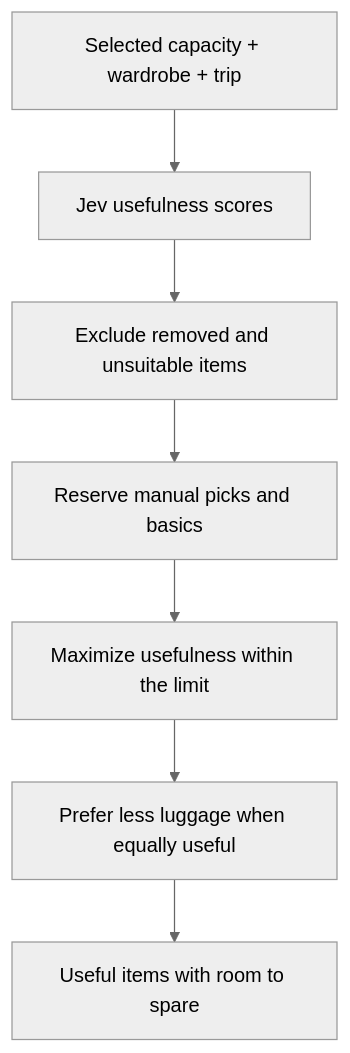
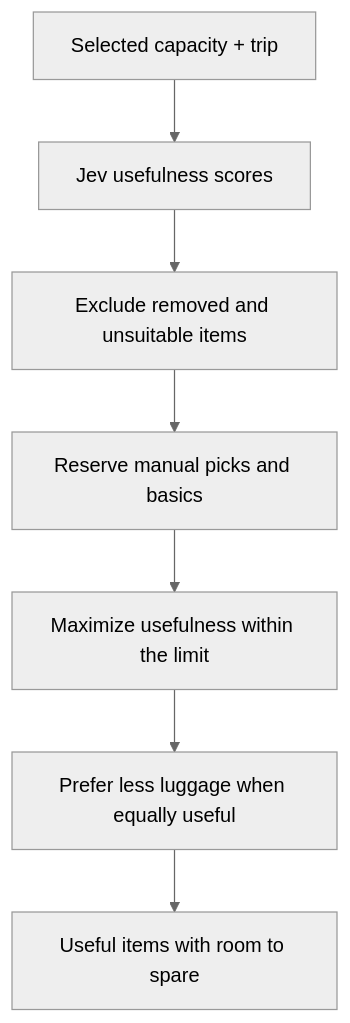
The third of 3 diagrams in README.md (poacosta/smart-packing-demo-with-jev), drawn with Mermaid (neutral theme) before and after one commit. The commit also changed other lines of this file and 16 other files, not shown here.

Commit message:
Expand the unisex wardrobe and refine trip scenarios

````diff
--- a/README.md
+++ b/README.md
@@ -141,9 +155,9 @@
 ```mermaid
 flowchart TD
-    C[Selected capacity + wardrobe + trip] --> J[Jev usefulness scores]
+    C[Selected capacity + trip] --> J[Jev usefulness scores]
     J --> E[Exclude removed and unsuitable items]
     E --> R[Reserve manual picks and basics]
     R --> F[Maximize usefulness within the limit]
     F --> Q[Prefer less luggage when equally useful]
     Q --> P[Useful items with room to spare]
 ```
````
